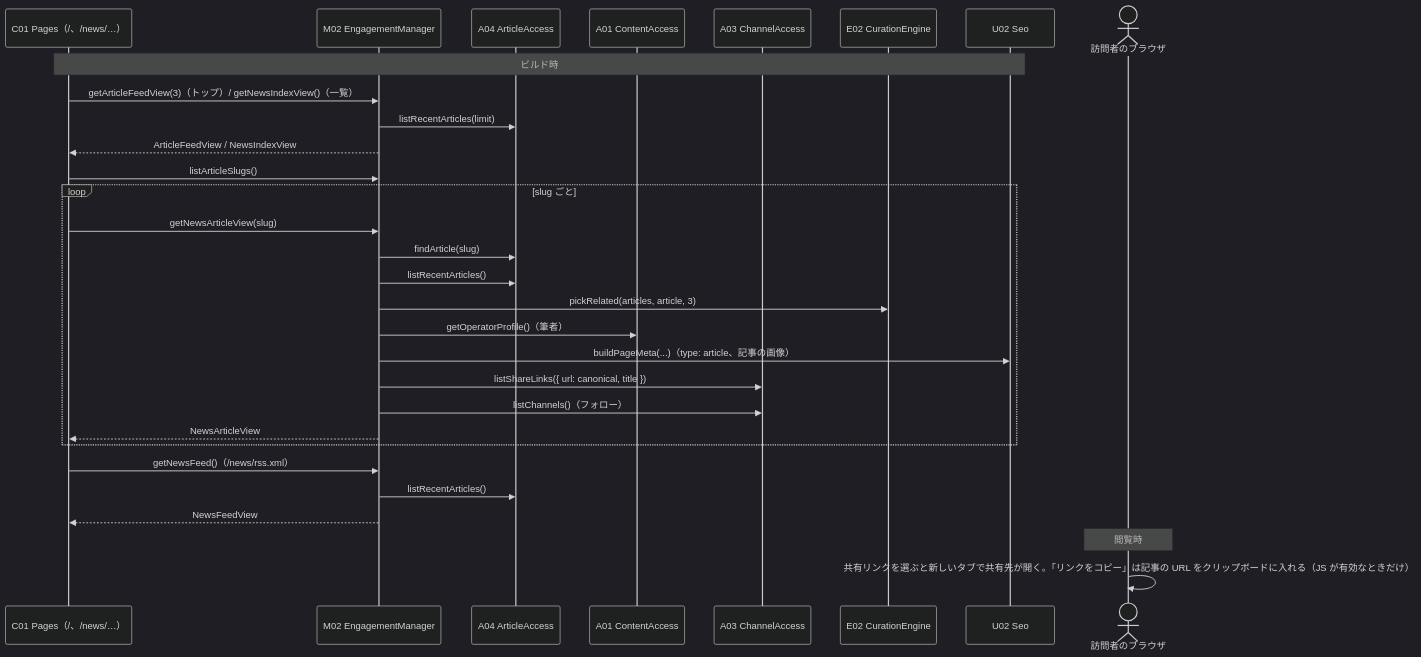
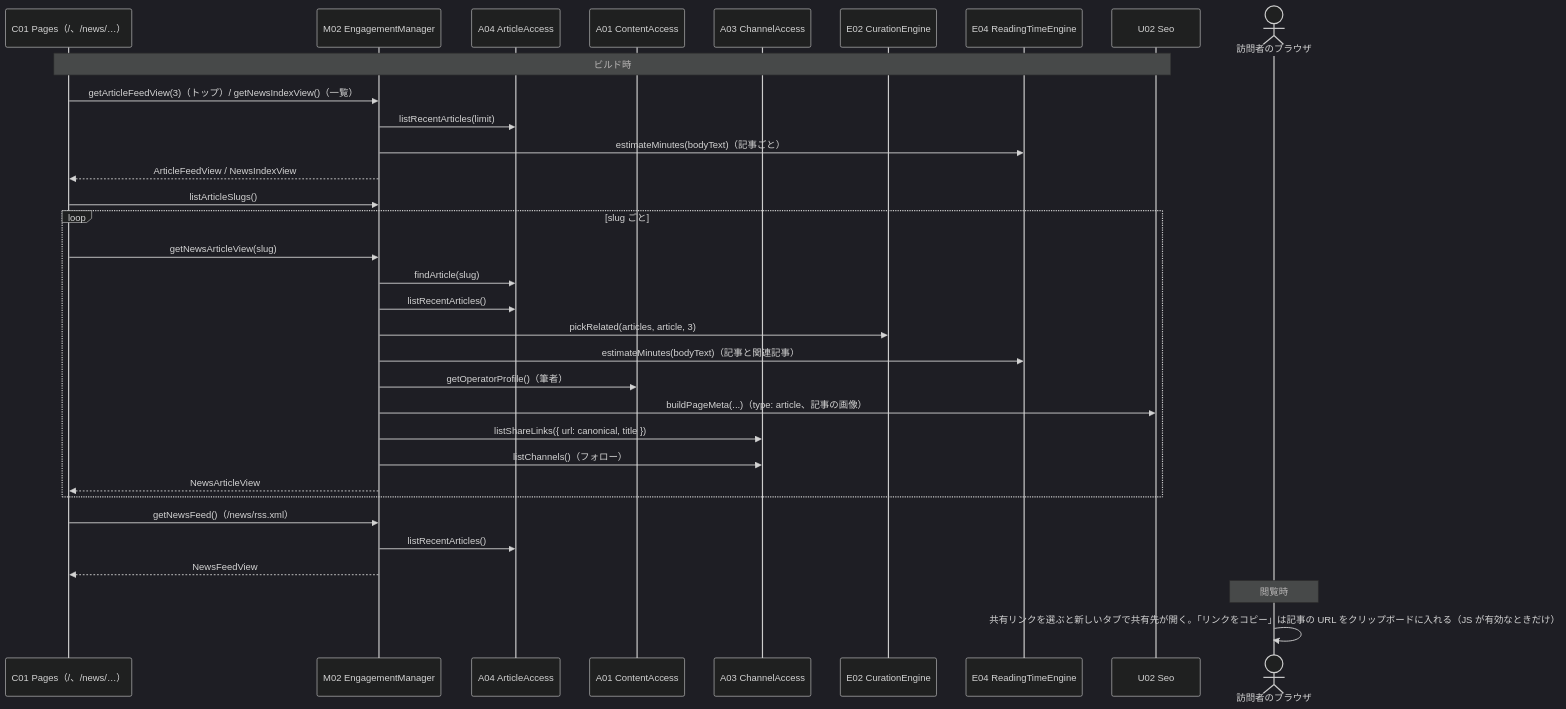
Before and after one commit to fukugyononuko/fukugyononuko.github.io: the seventh of 7 diagrams in docs/02_basic_internal.md, drawn with Mermaid (dark theme). The commit also changed other lines of this file and 9 other files, not shown here.

First line of the commit message:
Design the two-column article layout and reading time (#38)

````diff
--- a/docs/02_basic_internal.md
+++ b/docs/02_basic_internal.md
@@ -264,32 +270,35 @@
 ```mermaid
 sequenceDiagram
   participant P as C01 Pages（/、/news/…）
   participant EM as M02 EngagementManager
   participant AA as A04 ArticleAccess
   participant CA as A01 ContentAccess
   participant CH as A03 ChannelAccess
   participant CE as E02 CurationEngine
+  participant RT as E04 ReadingTimeEngine
   participant SEO as U02 Seo
   actor V as 訪問者のブラウザ
   Note over P,SEO: ビルド時
   P->>EM: getArticleFeedView(3)（トップ）/ getNewsIndexView()（一覧）
   EM->>AA: listRecentArticles(limit)
+  EM->>RT: estimateMinutes(bodyText)（記事ごと）
   EM-->>P: ArticleFeedView / NewsIndexView
   P->>EM: listArticleSlugs()
   loop slug ごと
     P->>EM: getNewsArticleView(slug)
     EM->>AA: findArticle(slug)
     EM->>AA: listRecentArticles()
     EM->>CE: pickRelated(articles, article, 3)
+    EM->>RT: estimateMinutes(bodyText)（記事と関連記事）
     EM->>CA: getOperatorProfile()（筆者）
     EM->>SEO: buildPageMeta(...)（type: article、記事の画像）
     EM->>CH: listShareLinks({ url: canonical, title })
     EM->>CH: listChannels()（フォロー）
     EM-->>P: NewsArticleView
   end
   P->>EM: getNewsFeed()（/news/rss.xml）
   EM->>AA: listRecentArticles()
   EM-->>P: NewsFeedView
   Note over V: 閲覧時
   V->>V: 共有リンクを選ぶと新しいタブで共有先が開く。「リンクをコピー」は記事の URL をクリップボードに入れる（JS が有効なときだけ）
 ```
````
